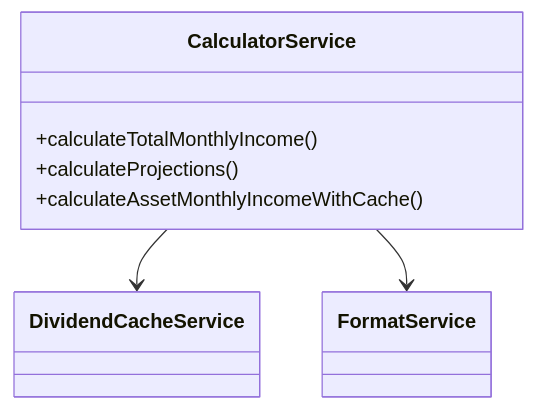
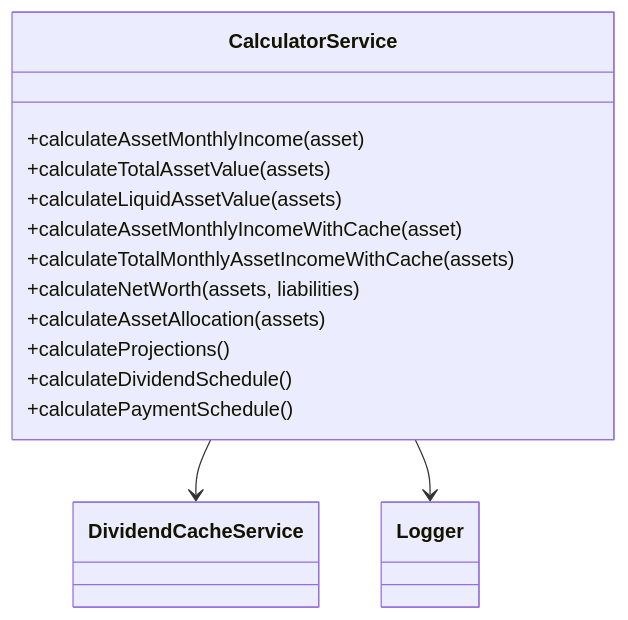
Before and after one commit to ChristianScheub/Typescript_PassivIncomeCalculator: the first of 3 diagrams in src/service/calculatorService/README.md, drawn with Mermaid. The commit also changed other lines of this file and 8 other files, not shown here.

````diff
--- a/src/service/calculatorService/README.md
+++ b/src/service/calculatorService/README.md
@@ -25,10 +59,17 @@
 ```mermaid
 classDiagram
     class CalculatorService {
-      +calculateTotalMonthlyIncome()
-      +calculateProjections()
-      +calculateAssetMonthlyIncomeWithCache()
+        +calculateAssetMonthlyIncome(asset)
+        +calculateTotalAssetValue(assets)
+        +calculateLiquidAssetValue(assets)
+        +calculateAssetMonthlyIncomeWithCache(asset)
+        +calculateTotalMonthlyAssetIncomeWithCache(assets)
+        +calculateNetWorth(assets, liabilities)
+        +calculateAssetAllocation(assets)
+        +calculateProjections()
+        +calculateDividendSchedule()
+        +calculatePaymentSchedule()
     }
     CalculatorService --> DividendCacheService
-    CalculatorService --> FormatService
+    CalculatorService --> Logger
 ```
````
